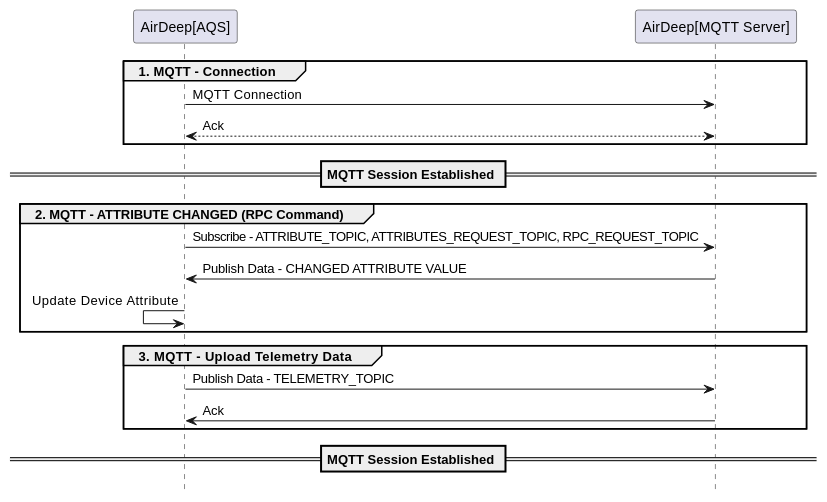
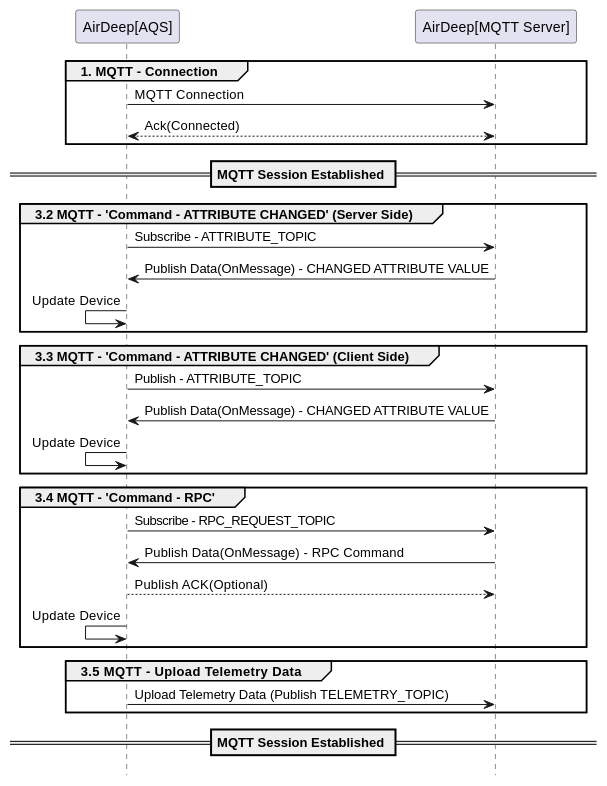
One commit to RTdataLab/DE-ADeep-API-Guide changed the third of 3 diagrams in README.md. Above: the diagram before and after it, drawn with PlantUML. The commit also changed other lines of this file and 7 other files, not shown here.

````diff
--- a/README.md
+++ b/README.md
@@ -159,23 +176,36 @@
    ```plantuml
    @startuml
      participant "AirDeep[AQS]" order 1
      participant "AirDeep[MQTT Server]" order 2
      hide footbox
       group 1. MQTT - Connection
       "AirDeep[AQS]" -> "AirDeep[MQTT Server]" : MQTT Connection
-      "AirDeep[AQS]" <--> "AirDeep[MQTT Server]"  : Ack
+      "AirDeep[AQS]" <--> "AirDeep[MQTT Server]"  : Ack(Connected)
      end
      == MQTT Session Established ==
-     group 2. MQTT - ATTRIBUTE CHANGED (RPC Command)
-       "AirDeep[AQS]" -> "AirDeep[MQTT Server]" : Subscribe - ATTRIBUTE_TOPIC, ATTRIBUTES_REQUEST_TOPIC, RPC_REQUEST_TOPIC
-       "AirDeep[AQS]" <- "AirDeep[MQTT Server]" : Publish Data - CHANGED ATTRIBUTE VALUE
-       "AirDeep[AQS]" <- "AirDeep[AQS]" : Update Device Attribute 
+     group 3.2 MQTT - 'Command - ATTRIBUTE CHANGED' (Server Side)
+       "AirDeep[AQS]" -> "AirDeep[MQTT Server]" : Subscribe - ATTRIBUTE_TOPIC
+       "AirDeep[AQS]" <- "AirDeep[MQTT Server]" : Publish Data(OnMessage) - CHANGED ATTRIBUTE VALUE
+       "AirDeep[AQS]" <- "AirDeep[AQS]" : Update Device 
      end
 
-     group 3. MQTT - Upload Telemetry Data
-       "AirDeep[AQS]" -> "AirDeep[MQTT Server]" : Publish Data - TELEMETRY_TOPIC
-       "AirDeep[AQS]" <- "AirDeep[MQTT Server]" : Ack
+     group 3.3 MQTT - 'Command - ATTRIBUTE CHANGED' (Client Side)
+       "AirDeep[AQS]" -> "AirDeep[MQTT Server]" : Publish - ATTRIBUTE_TOPIC
+       "AirDeep[AQS]" <- "AirDeep[MQTT Server]" : Publish Data(OnMessage) - CHANGED ATTRIBUTE VALUE
+       "AirDeep[AQS]" <- "AirDeep[AQS]" : Update Device 
      end
+
+     group 3.4 MQTT - 'Command - RPC'
+       "AirDeep[AQS]" -> "AirDeep[MQTT Server]" : Subscribe - RPC_REQUEST_TOPIC
+       "AirDeep[AQS]" <- "AirDeep[MQTT Server]" : Publish Data(OnMessage) - RPC Command
+       "AirDeep[AQS]" --> "AirDeep[MQTT Server]" : Publish ACK(Optional)
+       "AirDeep[AQS]" <- "AirDeep[AQS]" : Update Device
+     end
+
+     group 3.5 MQTT - Upload Telemetry Data
+       "AirDeep[AQS]" -> "AirDeep[MQTT Server]" : Upload Telemetry Data (Publish TELEMETRY_TOPIC)
+     end
+
      == MQTT Session Established ==
    @enduml
    ```
````
